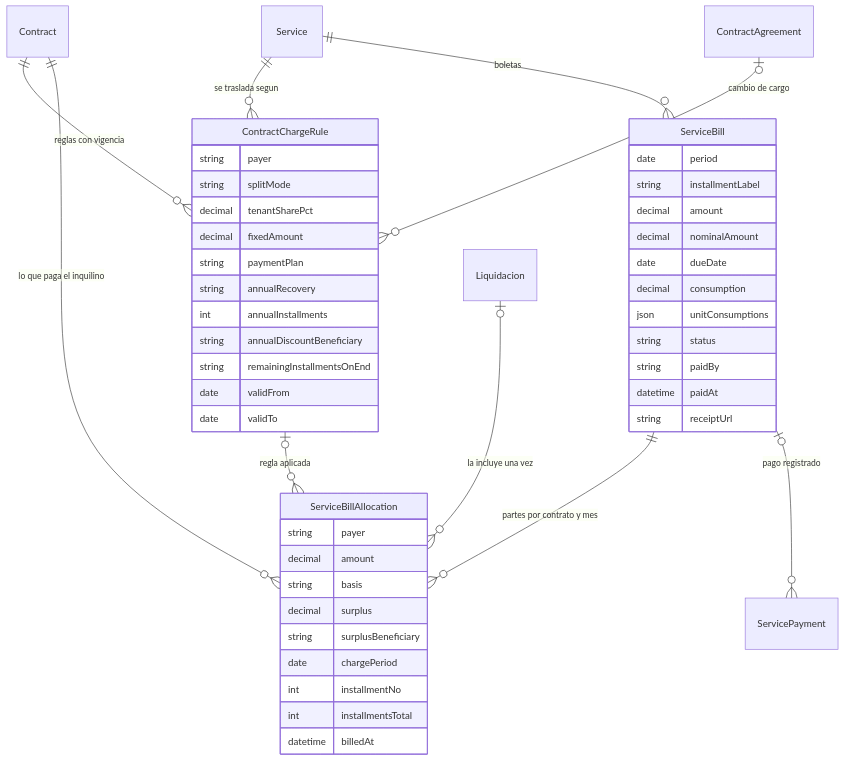
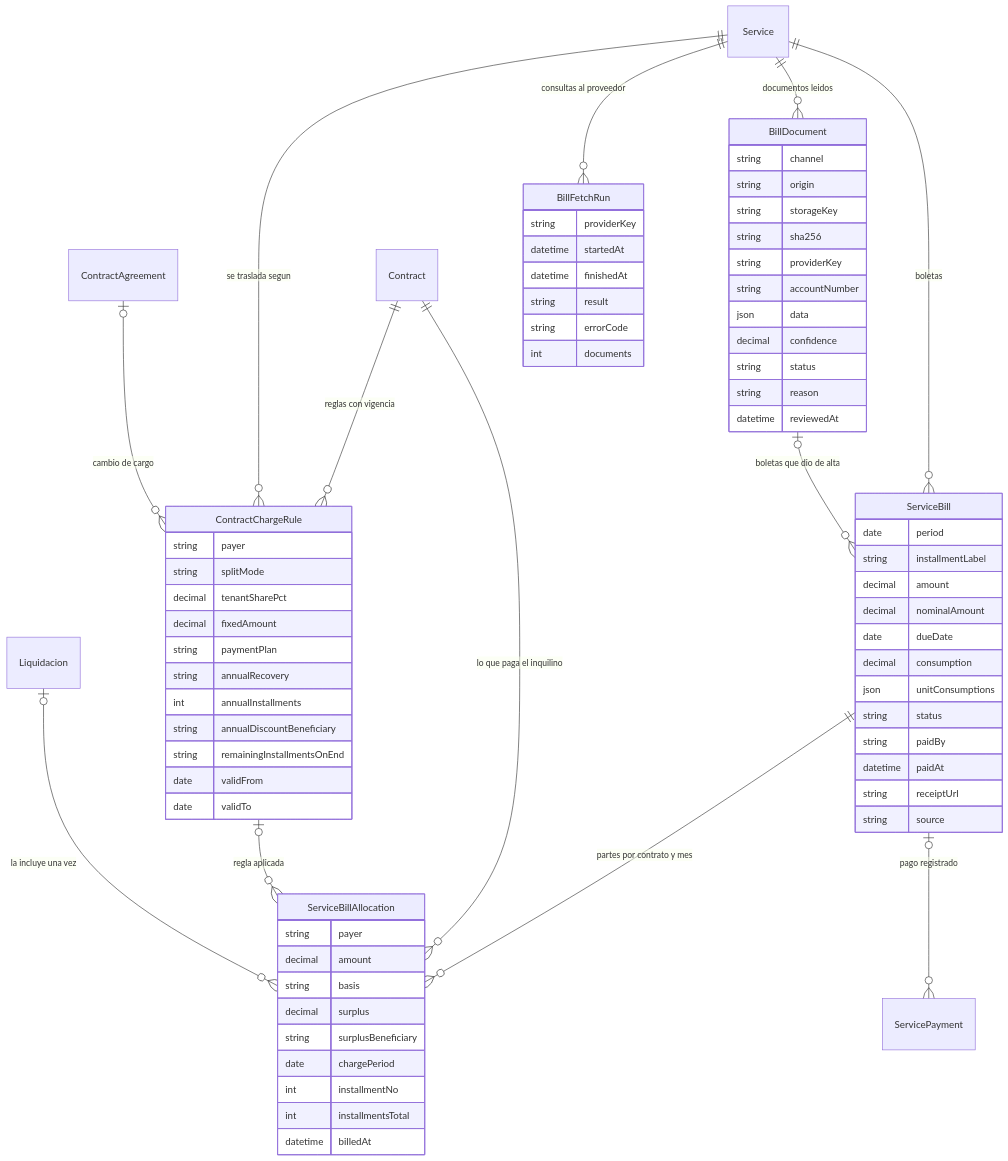
The fourth of 8 diagrams in docs/tesis/03-modelo-datos.md (RomeV16/Proyecto-Final---Realfy), drawn with Mermaid before and after one commit. The commit also changed other lines of this file and 6 other files, not shown here.

````diff
--- a/docs/tesis/03-modelo-datos.md
+++ b/docs/tesis/03-modelo-datos.md
@@ -470,49 +470,74 @@
 ```mermaid
 erDiagram
     Contract ||--o{ ContractChargeRule : "reglas con vigencia"
     Service ||--o{ ContractChargeRule : "se traslada segun"
     ContractAgreement |o--o{ ContractChargeRule : "cambio de cargo"
     Service ||--o{ ServiceBill : "boletas"
     ServiceBill ||--o{ ServiceBillAllocation : "partes por contrato y mes"
     Contract ||--o{ ServiceBillAllocation : "lo que paga el inquilino"
     ContractChargeRule |o--o{ ServiceBillAllocation : "regla aplicada"
     Liquidacion |o--o{ ServiceBillAllocation : "la incluye una vez"
     ServiceBill |o--o{ ServicePayment : "pago registrado"
+    Service ||--o{ BillDocument : "documentos leidos"
+    BillDocument |o--o{ ServiceBill : "boletas que dio de alta"
+    Service ||--o{ BillFetchRun : "consultas al proveedor"
     ContractChargeRule {
         string payer
         string splitMode
         decimal tenantSharePct
         decimal fixedAmount
         string paymentPlan
         string annualRecovery
         int annualInstallments
         string annualDiscountBeneficiary
         string remainingInstallmentsOnEnd
         date validFrom
         date validTo
     }
     ServiceBill {
         date period
         string installmentLabel
         decimal amount
         decimal nominalAmount
         date dueDate
         decimal consumption
         json unitConsumptions
         string status
         string paidBy
         datetime paidAt
         string receiptUrl
+        string source
+    }
+    BillDocument {
+        string channel
+        string origin
+        string storageKey
+        string sha256
+        string providerKey
+        string accountNumber
+        json data
+        decimal confidence
+        string status
+        string reason
+        datetime reviewedAt
+    }
+    BillFetchRun {
+        string providerKey
+        datetime startedAt
+        datetime finishedAt
+        string result
+        string errorCode
+        int documents
     }
     ServiceBillAllocation {
         string payer
         decimal amount
         string basis
         decimal surplus
         string surplusBeneficiary
         date chargePeriod
         int installmentNo
         int installmentsTotal
         datetime billedAt
     }
 ```
````
